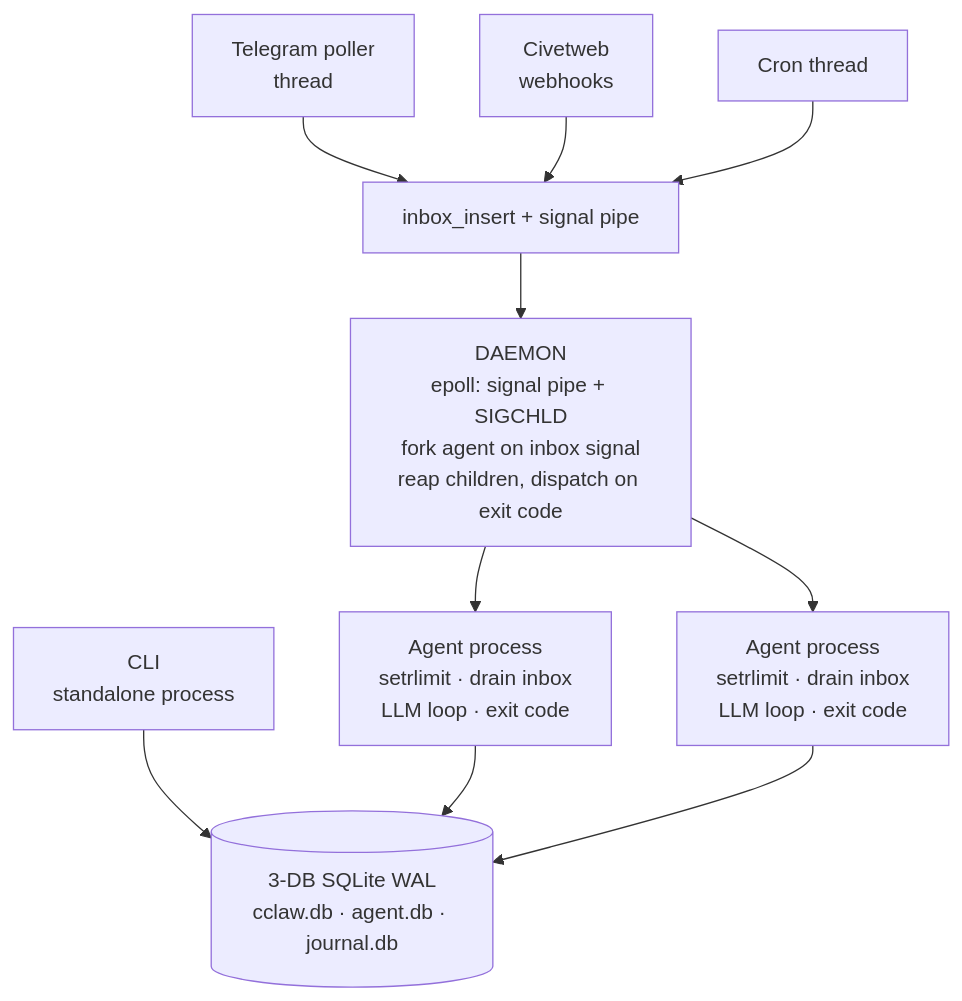
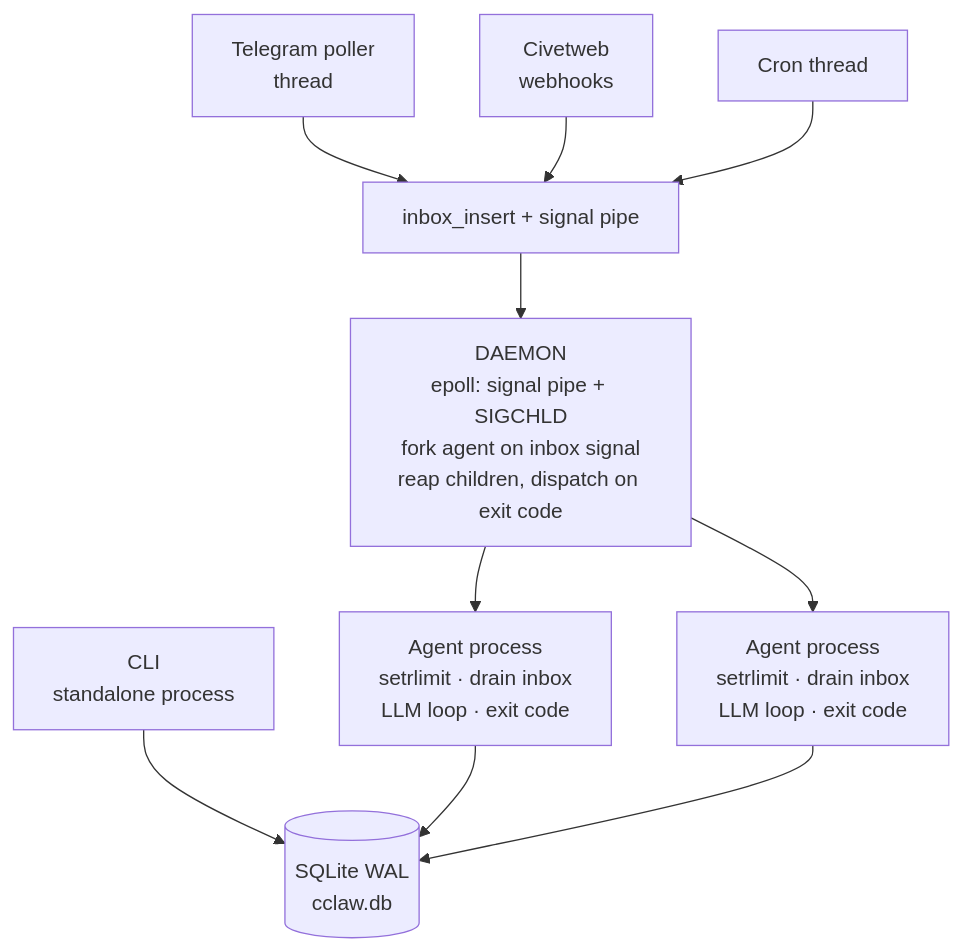
Before and after one commit to mark-os/cclaw: the diagram in README.md, drawn with Mermaid. The commit also changed other lines of this file and 14 other files, not shown here.

````diff
--- a/README.md
+++ b/README.md
@@ -16,22 +16,22 @@
 ```mermaid
 graph TD
     CLI[CLI<br/>standalone process]
     TG[Telegram poller<br/>thread]
     WEB[Civetweb<br/>webhooks]
     CRON[Cron thread]
 
     TG --> INBOX[inbox_insert + signal pipe]
     WEB --> INBOX
     CRON --> INBOX
 
     INBOX --> DAEMON[DAEMON<br/>epoll: signal pipe + SIGCHLD<br/>fork agent on inbox signal<br/>reap children, dispatch on exit code]
 
     DAEMON --> A1[Agent process<br/>setrlimit · drain inbox<br/>LLM loop · exit code]
     DAEMON --> A2[Agent process<br/>setrlimit · drain inbox<br/>LLM loop · exit code]
 
     CLI --> DB
     A1 --> DB
     A2 --> DB
 
-    DB[(3-DB SQLite WAL<br/>cclaw.db · agent.db · journal.db)]
+    DB[(SQLite WAL<br/>cclaw.db)]
 ```
````
